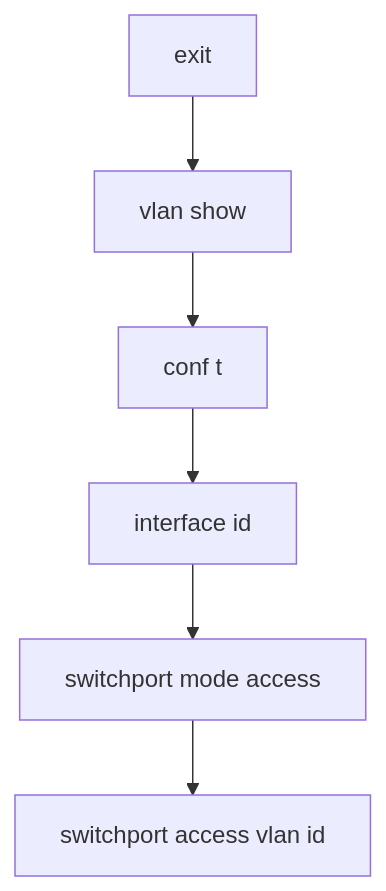
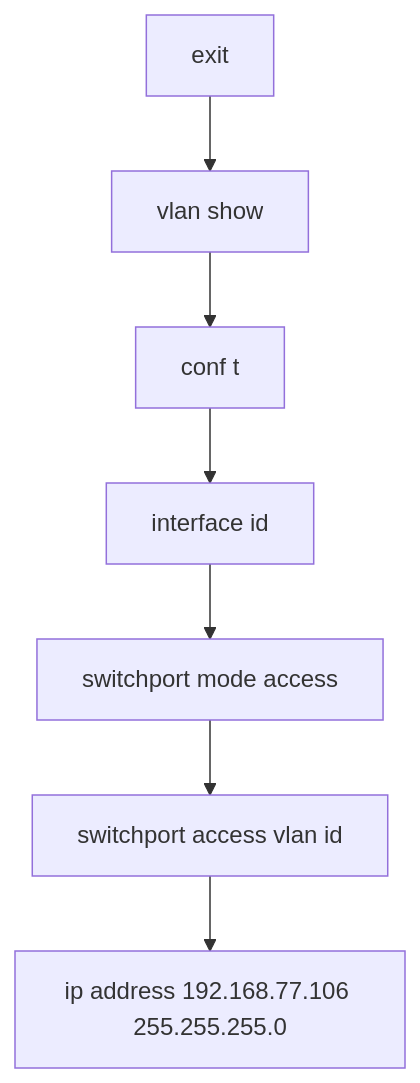
One commit to Arannamoy-Mondal/GNS03-CPT changed the first of 2 diagrams in Readme.md. Above: the diagram before and after it, drawn with Mermaid. The commit also changed other lines of this file, not shown here.

````diff
--- a/Readme.md
+++ b/Readme.md
@@ -58,9 +59,9 @@
 ```mermaid
 graph TD;
 A[exit] --> B[show vlan]
 B[vlan show] --> C[conf t]
 C[conf t] --> D[interface id ]
 D[interface id ] --> E[switchport mode access]
 E[switchport mode access] --> F[switchport access vlan id]
-
+F[switchport access vlan id] --> G[ip address 192.168.77.106 255.255.255.0]
 ```
````
